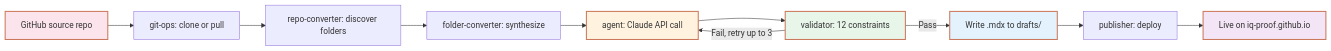
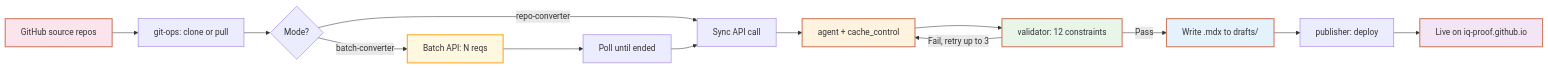
Before and after one commit to iq-agent-lab/iq-blogger: the diagram in README.md, drawn with Mermaid. The commit also changed other lines of this file, not shown here.

First line of the commit message:
docs(readme): batch API + prompt caching 반영 + 양산 결과 업데이트

````diff
--- a/README.md
+++ b/README.md
@@ -80,18 +79,22 @@
 ```mermaid
 graph LR
-    A[GitHub source repo] --> B[git-ops: clone or pull]
-    B --> C[repo-converter: discover folders]
-    C --> D[folder-converter: synthesize]
-    D --> E[agent: Claude API call]
+    A[GitHub source repos] --> B[git-ops: clone or pull]
+    B --> C{Mode?}
+    C -->|repo-converter| D[Sync API call]
+    C -->|batch-converter| BATCH[Batch API: N reqs]
+    BATCH --> POLL[Poll until ended]
+    POLL --> D
+    D --> E[agent + cache_control]
     E --> F[validator: 12 constraints]
     F -->|Pass| G[Write .mdx to drafts/]
     F -->|Fail, retry up to 3| E
     G --> H[publisher: deploy]
     H --> I[Live on iq-proof.github.io]
 
     style A fill:#fce4ec,stroke:#cc785c,stroke-width:2px
+    style BATCH fill:#fff8e1,stroke:#f9a825,stroke-width:2px
     style E fill:#fff3e0,stroke:#cc785c,stroke-width:2px
     style F fill:#e8f5e9,stroke:#cc785c,stroke-width:2px
     style G fill:#e3f2fd,stroke:#cc785c,stroke-width:2px
     style I fill:#f3e5f5,stroke:#cc785c,stroke-width:2px
 ```
````
